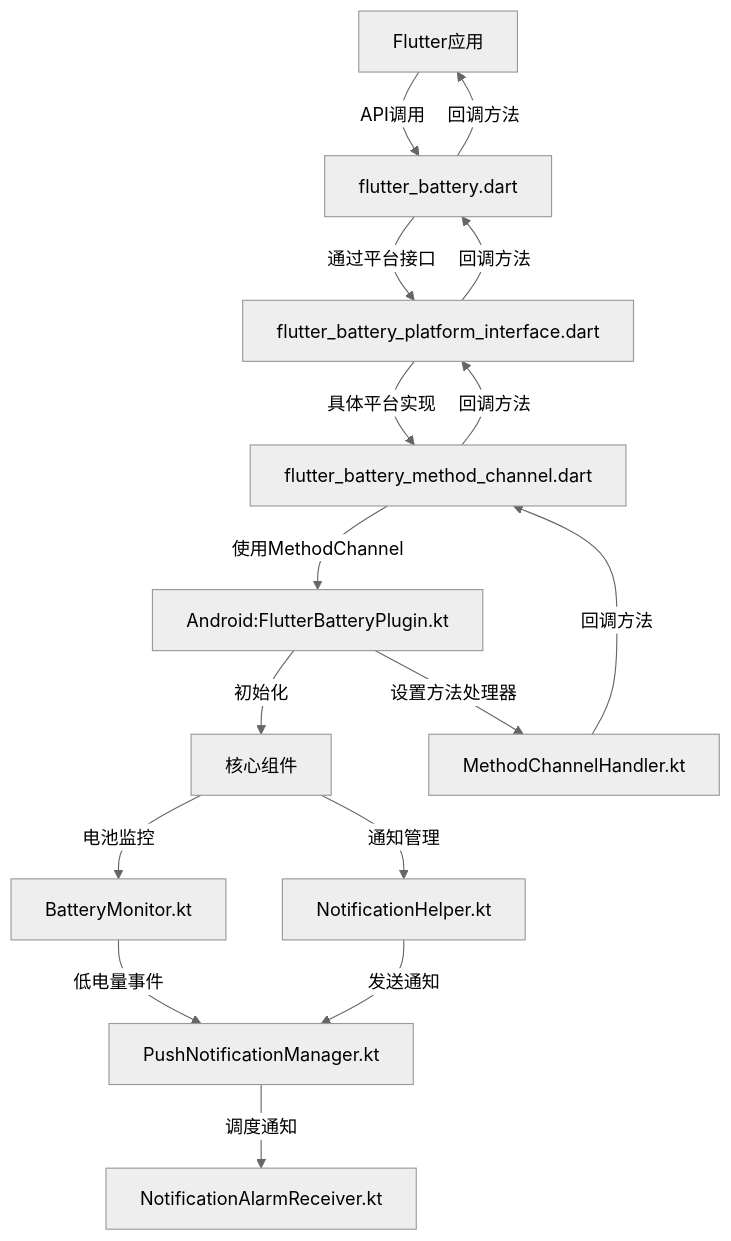
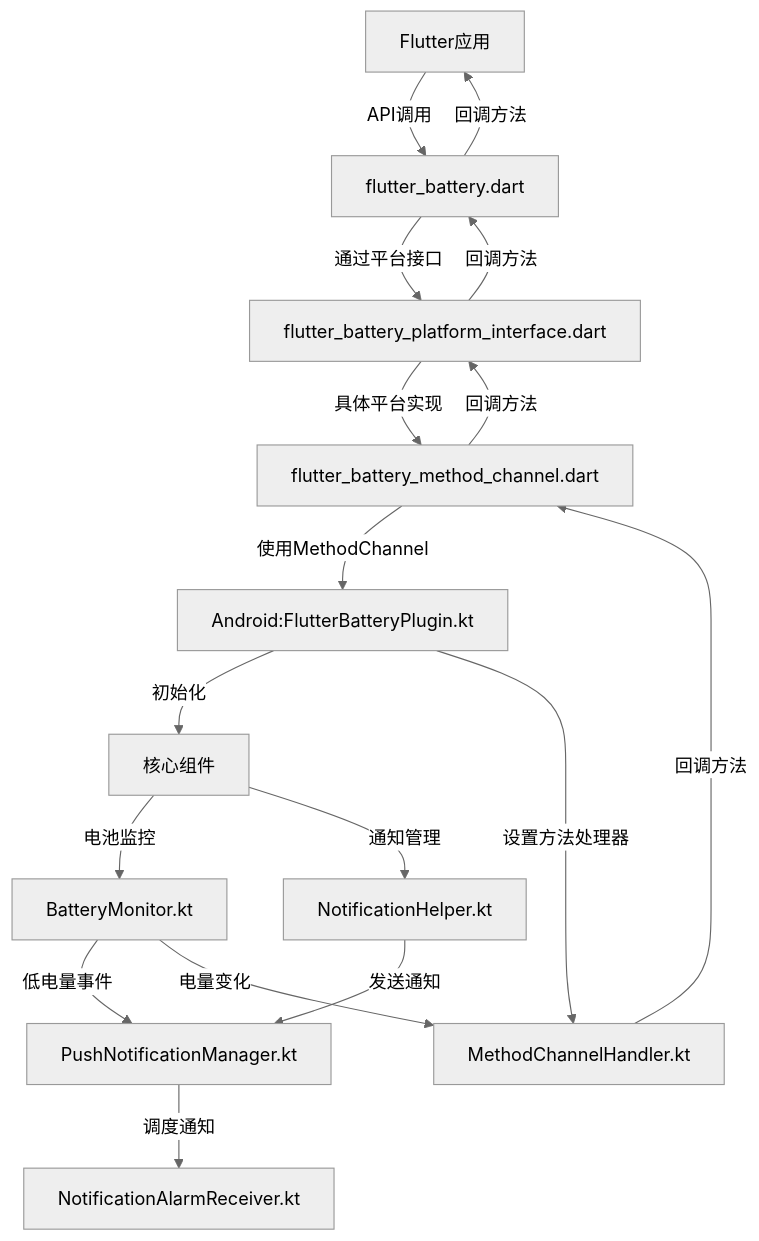
The first of 2 diagrams in README.md (lizy-coding/flutter_battery), drawn with Mermaid (neutral theme) before and after one commit. The commit also changed other lines of this file and 10 other files, not shown here.

````diff
--- a/README.md
+++ b/README.md
@@ -153,18 +210,19 @@
 ```mermaid
 graph TD
     A[Flutter应用] -->|API调用| B[flutter_battery.dart]
     B -->|通过平台接口| C[flutter_battery_platform_interface.dart]
     C -->|具体平台实现| D[flutter_battery_method_channel.dart]
     D -->|使用MethodChannel| E[Android:FlutterBatteryPlugin.kt]
     E -->|初始化| F[核心组件]
     E -->|设置方法处理器| G[MethodChannelHandler.kt]
     F -->|电池监控| H[BatteryMonitor.kt]
     F -->|通知管理| I[NotificationHelper.kt]
     H -->|低电量事件| J[PushNotificationManager.kt]
+    H -->|电量变化| G
     I -->|发送通知| J
     J -->|调度通知| K[NotificationAlarmReceiver.kt]
     G -->|回调方法| D
     D -->|回调方法| C
     C -->|回调方法| B
     B -->|回调方法| A
 ```
````
